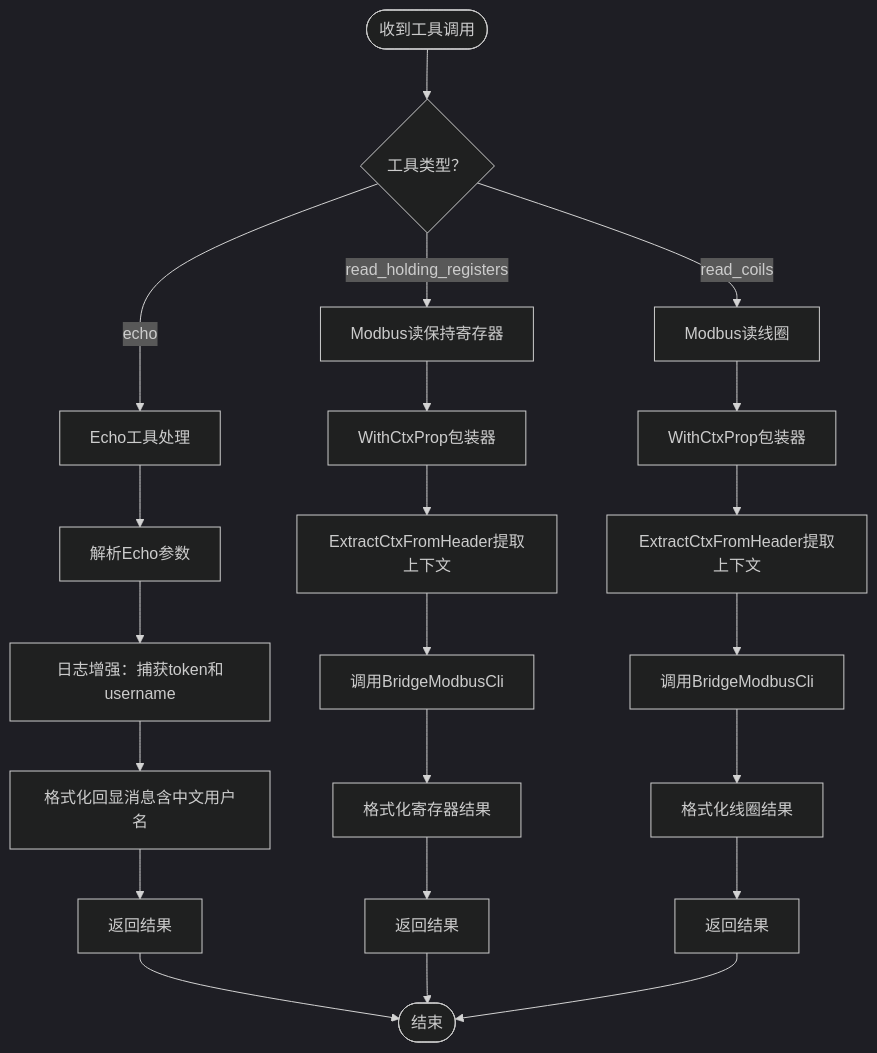
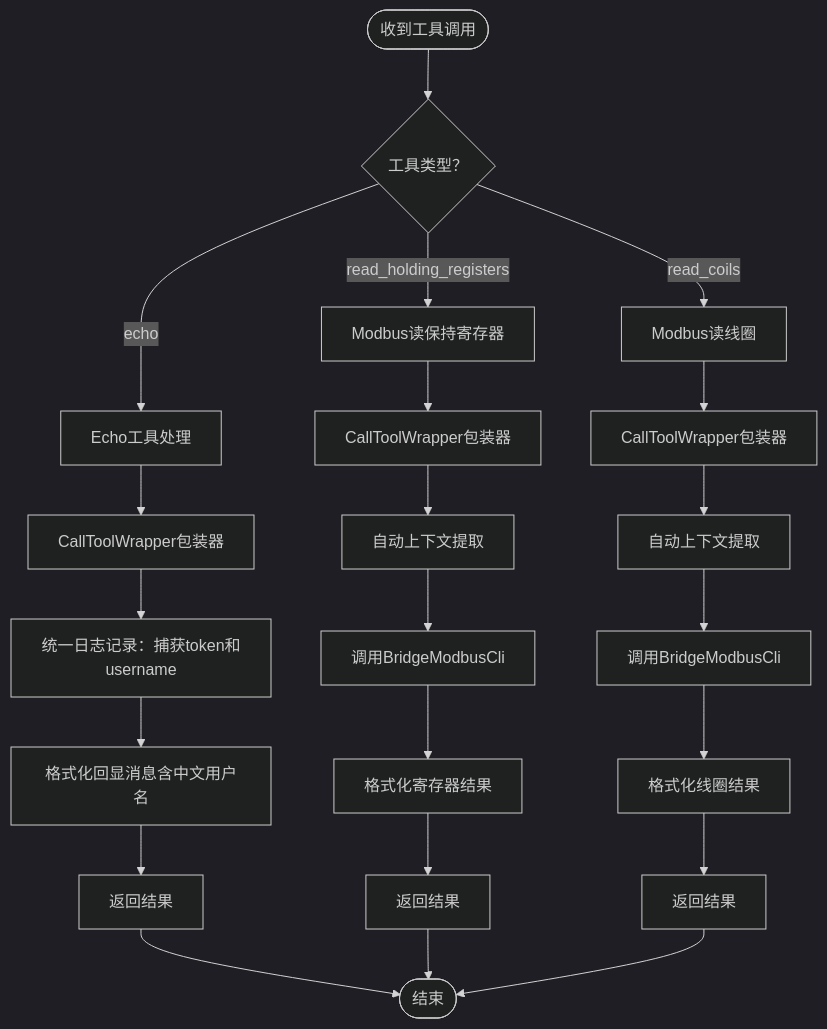
The third of 17 diagrams in .qoder/repowiki/zh/content/AI应用模块/MCP服务器.md (maomao94/zero-service), drawn with Mermaid (dark theme) before and after one commit. The commit also changed other lines of this file and 25 other files, not shown here.

````diff
--- a/.qoder/repowiki/zh/content/AI应用模块/MCP服务器.md
+++ b/.qoder/repowiki/zh/content/AI应用模块/MCP服务器.md
@@ -233,24 +238,24 @@
 ```mermaid
 flowchart TD
 Start(["收到工具调用"]) --> Check{"工具类型？"}
 Check --> |echo| Echo["Echo工具处理"]
 Check --> |read_holding_registers| Modbus1["Modbus读保持寄存器"]
 Check --> |read_coils| Modbus2["Modbus读线圈"]
-Echo --> Parse1["解析Echo参数"]
-Parse1 --> LogEnhance["日志增强：捕获token和username"]
+Echo --> Wrapper["CallToolWrapper包装器"]
+Wrapper --> LogEnhance["统一日志记录：捕获token和username"]
 LogEnhance --> Format1["格式化回显消息含中文用户名"]
 Format1 --> Return1["返回结果"]
-Modbus1 --> Wrap["WithCtxProp包装器"]
-Wrap --> Extract["ExtractCtxFromHeader提取上下文"]
+Modbus1 --> Wrapper2["CallToolWrapper包装器"]
+Wrapper2 --> Extract["自动上下文提取"]
 Extract --> Call1["调用BridgeModbusCli"]
 Call1 --> Format2["格式化寄存器结果"]
 Format2 --> Return2["返回结果"]
-Modbus2 --> Wrap2["WithCtxProp包装器"]
-Wrap2 --> Extract2["ExtractCtxFromHeader提取上下文"]
+Modbus2 --> Wrapper3["CallToolWrapper包装器"]
+Wrapper3 --> Extract2["自动上下文提取"]
 Extract2 --> Call2["调用BridgeModbusCli"]
 Call2 --> Format3["格式化线圈结果"]
 Format3 --> Return3["返回结果"]
 Return1 --> End(["结束"])
 Return2 --> End
 Return3 --> End
 ```
````
